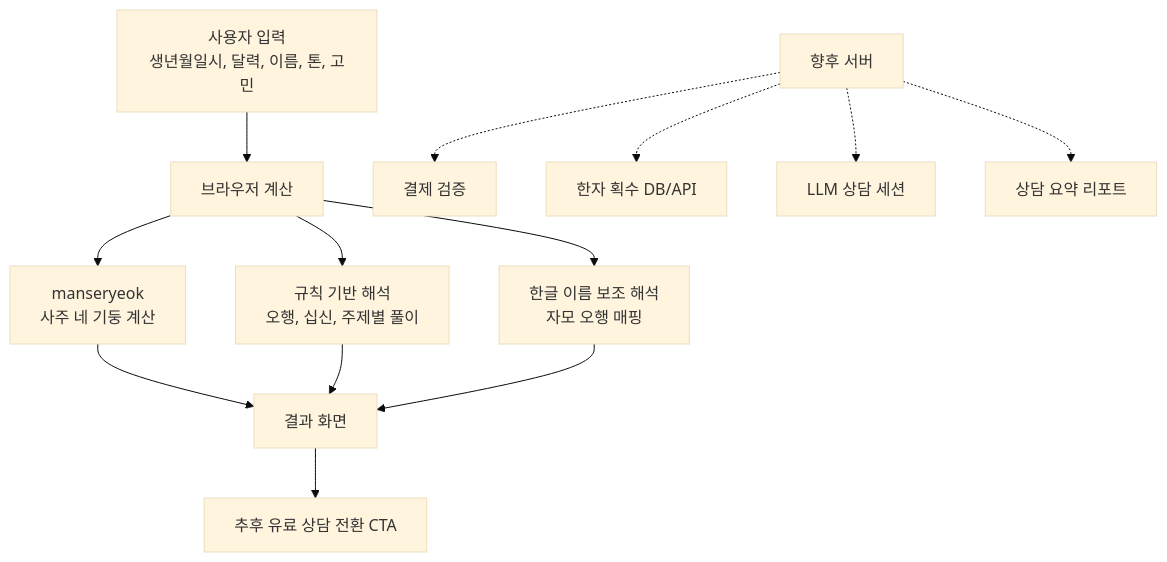
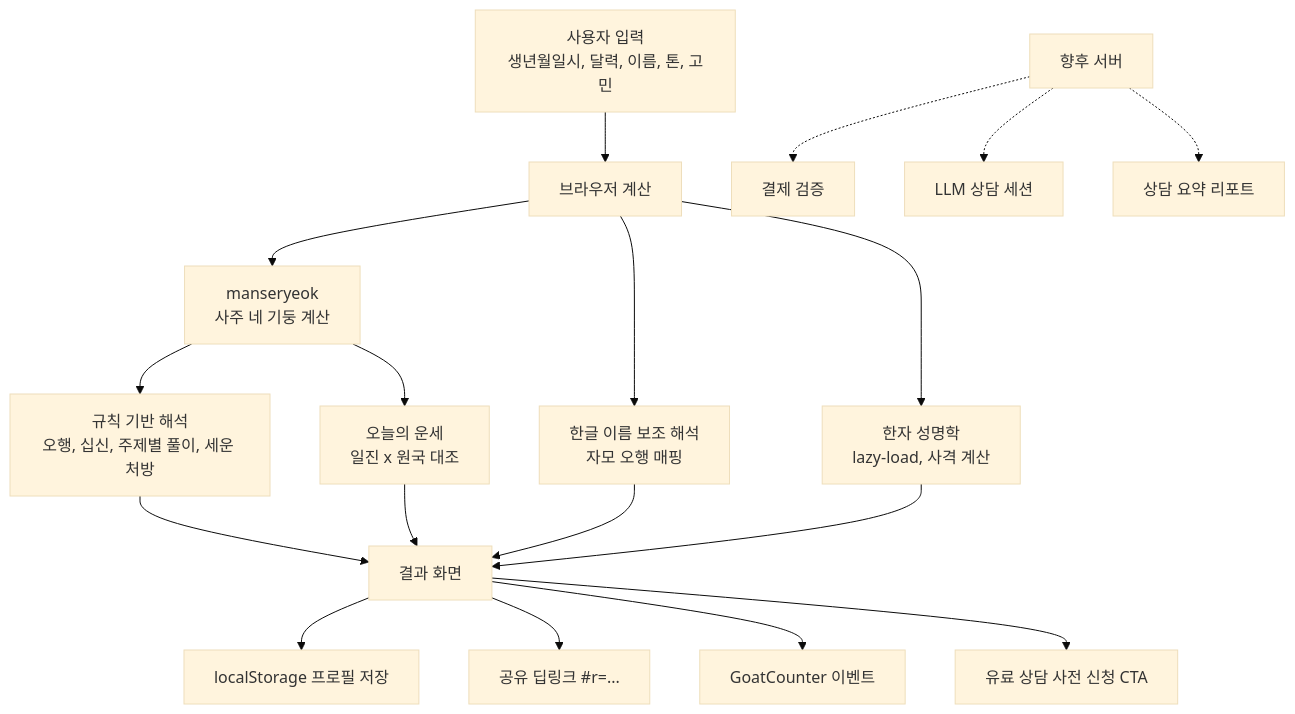
One commit to LEE9387-HM/Saajuu changed the diagram in PROJECT_STATUS_README.md. Above: the diagram before and after it, drawn with Mermaid (base theme). The commit also changed other lines of this file, not shown here.

````diff
--- a/PROJECT_STATUS_README.md
+++ b/PROJECT_STATUS_README.md
@@ -84,16 +107,21 @@
 ```mermaid
 flowchart TD
   A["사용자 입력<br/>생년월일시, 달력, 이름, 톤, 고민"] --> B["브라우저 계산"]
   B --> C["manseryeok<br/>사주 네 기둥 계산"]
-  B --> D["규칙 기반 해석<br/>오행, 십신, 주제별 풀이"]
-  B --> E["한글 이름 보조 해석<br/>자모 오행 매핑"]
-  C --> F["결과 화면"]
-  D --> F
-  E --> F
-  F --> G["추후 유료 상담 전환 CTA"]
+  C --> D["규칙 기반 해석<br/>오행, 십신, 주제별 풀이, 세운 처방"]
+  C --> E["오늘의 운세<br/>일진 x 원국 대조"]
+  B --> F["한글 이름 보조 해석<br/>자모 오행 매핑"]
+  B --> G["한자 성명학<br/>lazy-load, 사격 계산"]
+  D --> H["결과 화면"]
+  E --> H
+  F --> H
+  G --> H
+  H --> I["localStorage 프로필 저장"]
+  H --> J["공유 딥링크 #r=..."]
+  H --> K["GoatCounter 이벤트"]
+  H --> L["유료 상담 사전 신청 CTA"]
 
-  H["향후 서버"] -.-> I["결제 검증"]
-  H -.-> J["한자 획수 DB/API"]
-  H -.-> K["LLM 상담 세션"]
-  H -.-> L["상담 요약 리포트"]
+  M["향후 서버"] -.-> N["결제 검증"]
+  M -.-> O["LLM 상담 세션"]
+  M -.-> P["상담 요약 리포트"]
 ```
````
